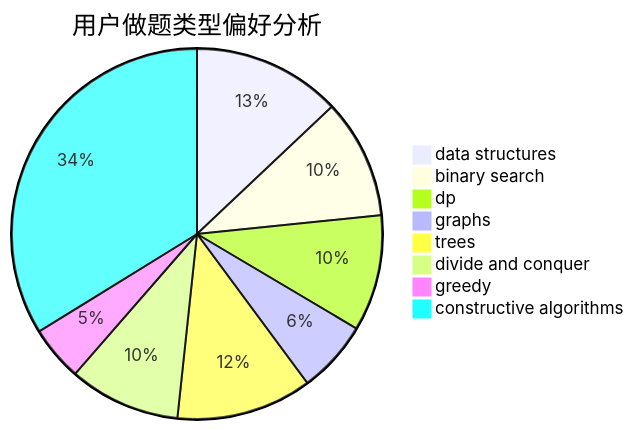
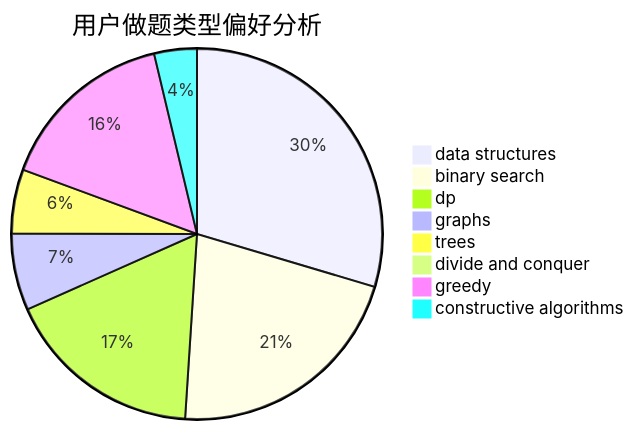
The second of 3 diagrams in docs/user/u261.md (sherpahu/cfrs.github.io), drawn with Mermaid before and after one commit. The commit also changed other lines of this file and 2770 other files, not shown here.

````diff
--- a/docs/user/u261.md
+++ b/docs/user/u261.md
@@ -23,11 +23,11 @@
 ```mermaid
 pie title 用户做题类型偏好分析
-    "data structures" :  92
-    "binary search" :  74
-    "dp" :  72
-    "graphs" :  45
-    "trees" :  84
-    "divide and conquer" :  69
-    "greedy" :  34
-    "constructive algorithms" :  240
+    "data structures" :  159
+    "binary search" :  115
+    "dp" :  93
+    "graphs" :  36
+    "trees" :  30
+    "divide and conquer" :  0
+    "greedy" :  84
+    "constructive algorithms" :  20
 ```
````
